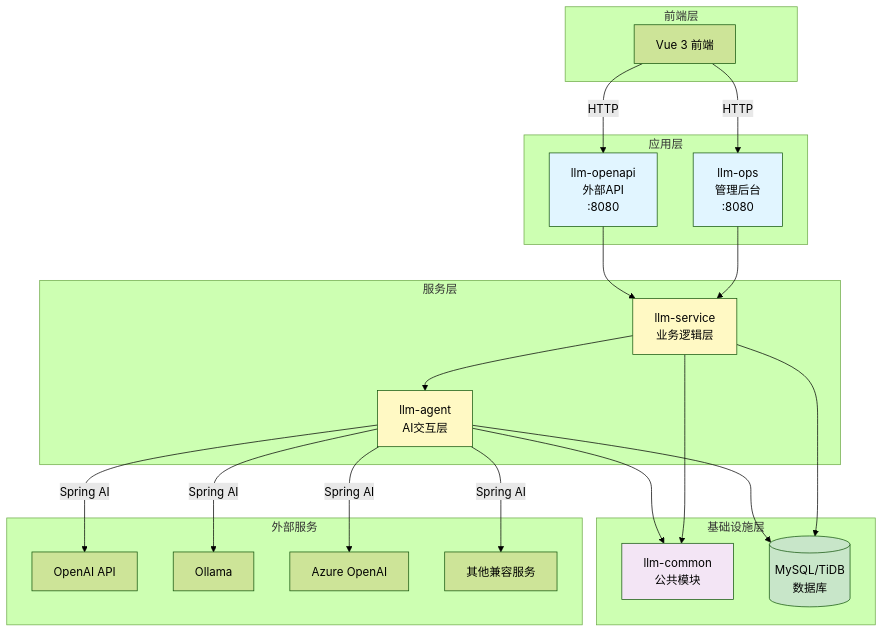
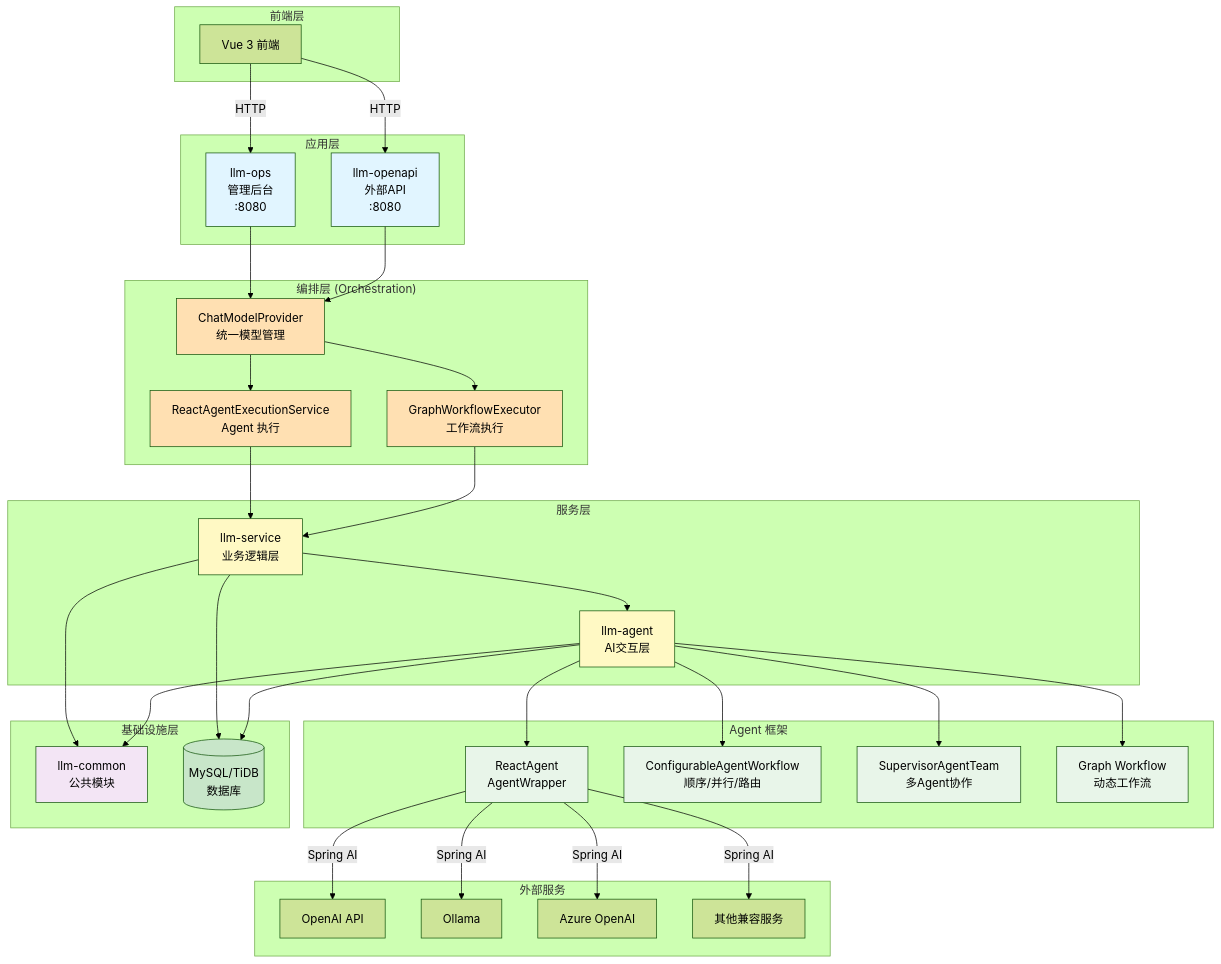
The first of 4 diagrams in llm-manager-parent/README.md (sunqb/llm-manager), drawn with Mermaid (forest theme) before and after one commit. The commit also changed other lines of this file, not shown here.

First line of the commit message:
docs: 更新后端 README 文档 - 系统架构图、核心流程、数据库表结构、模块说明

````diff
--- a/llm-manager-parent/README.md
+++ b/llm-manager-parent/README.md
@@ -51,9 +51,22 @@
         API[llm-openapi<br/>外部API<br/>:8080]
     end
 
+    subgraph "编排层 (Orchestration)"
+        ORCH[ChatModelProvider<br/>统一模型管理]
+        REACT_EXEC[ReactAgentExecutionService<br/>Agent 执行]
+        GRAPH_EXEC[GraphWorkflowExecutor<br/>工作流执行]
+    end
+
     subgraph "服务层"
         SERVICE[llm-service<br/>业务逻辑层]
         AGENT[llm-agent<br/>AI交互层]
+    end
+
+    subgraph "Agent 框架"
+        REACT[ReactAgent<br/>AgentWrapper]
+        WORKFLOW[ConfigurableAgentWorkflow<br/>顺序/并行/路由]
+        SUPERVISOR[SupervisorAgentTeam<br/>多Agent协作]
+        GRAPH[Graph Workflow<br/>动态工作流]
     end
 
     subgraph "基础设施层"
@@ -71,25 +84,42 @@
     UI -->|HTTP| OPS
     UI -->|HTTP| API
 
-    OPS --> SERVICE
-    API --> SERVICE
+    OPS --> ORCH
+    API --> ORCH
+
+    ORCH --> REACT_EXEC
+    ORCH --> GRAPH_EXEC
+    REACT_EXEC --> SERVICE
+    GRAPH_EXEC --> SERVICE
 
     SERVICE --> AGENT
     SERVICE --> COMMON
     AGENT --> COMMON
 
-    AGENT -->|Spring AI| OPENAI
-    AGENT -->|Spring AI| OLLAMA
-    AGENT -->|Spring AI| AZURE
-    AGENT -->|Spring AI| OTHER
+    AGENT --> REACT
+    AGENT --> WORKFLOW
+    AGENT --> SUPERVISOR
+    AGENT --> GRAPH
+
+    REACT -->|Spring AI| OPENAI
+    REACT -->|Spring AI| OLLAMA
+    REACT -->|Spring AI| AZURE
+    REACT -->|Spring AI| OTHER
 
     SERVICE --> DB
     AGENT --> DB
 
     style OPS fill:#e1f5ff
     style API fill:#e1f5ff
+    style ORCH fill:#ffe0b2
+    style REACT_EXEC fill:#ffe0b2
+    style GRAPH_EXEC fill:#ffe0b2
     style SERVICE fill:#fff9c4
     style AGENT fill:#fff9c4
+    style REACT fill:#e8f5e9
+    style WORKFLOW fill:#e8f5e9
+    style SUPERVISOR fill:#e8f5e9
+    style GRAPH fill:#e8f5e9
     style COMMON fill:#f3e5f5
     style DB fill:#c8e6c9
 ```
````
